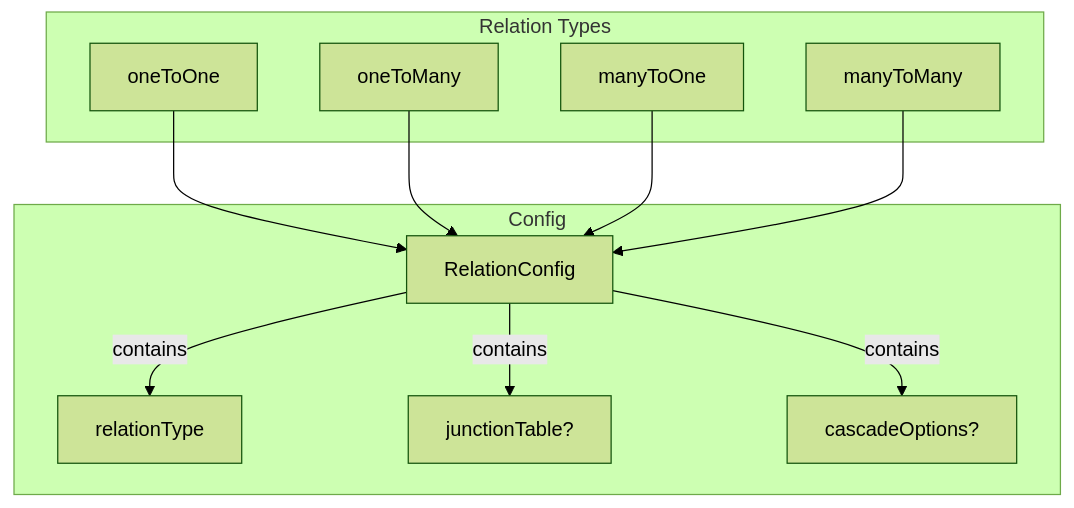
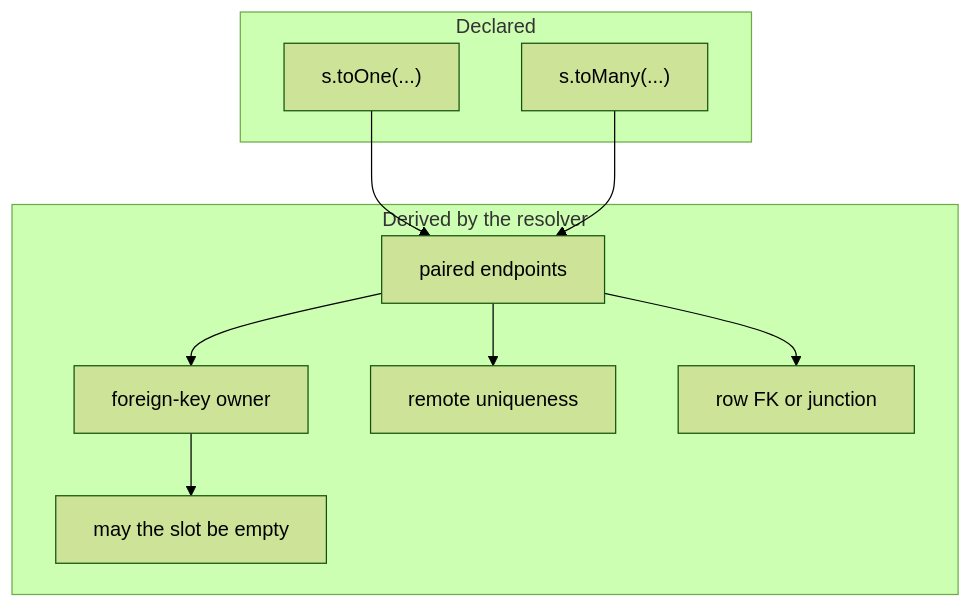
The fourth of 5 diagrams in readme/SCHEMA_ARCHITECTURE.md (beynar/viborm), drawn with Mermaid (forest theme) before and after one commit. The commit also changed other lines of this file and 522 other files, not shown here.

````diff
--- a/readme/SCHEMA_ARCHITECTURE.md
+++ b/readme/SCHEMA_ARCHITECTURE.md
@@ -149,21 +149,22 @@
 ```mermaid
 flowchart TB
-    subgraph "Relation Types"
-        O2O["oneToOne"]
-        O2M["oneToMany"]
-        M2O["manyToOne"]
-        M2M["manyToMany"]
+    subgraph "Declared"
+        T1["s.toOne(...)"]
+        TM["s.toMany(...)"]
     end
-    
-    subgraph "Config"
-        RC["RelationConfig"]
-        RC --> |contains| RT["relationType"]
-        RC --> |contains| JT["junctionTable?"]
-        RC --> |contains| CO["cascadeOptions?"]
+
+    subgraph "Derived by the resolver"
+        PAIR["paired endpoints"]
+        OWN["foreign-key owner"]
+        UNI["remote uniqueness"]
+        STO["row FK or junction"]
+        EMP["may the slot be empty"]
     end
-    
-    O2O --> RC
-    O2M --> RC
-    M2O --> RC
-    M2M --> RC
+
+    T1 --> PAIR
+    TM --> PAIR
+    PAIR --> OWN
+    PAIR --> UNI
+    PAIR --> STO
+    OWN --> EMP
 ```
````
